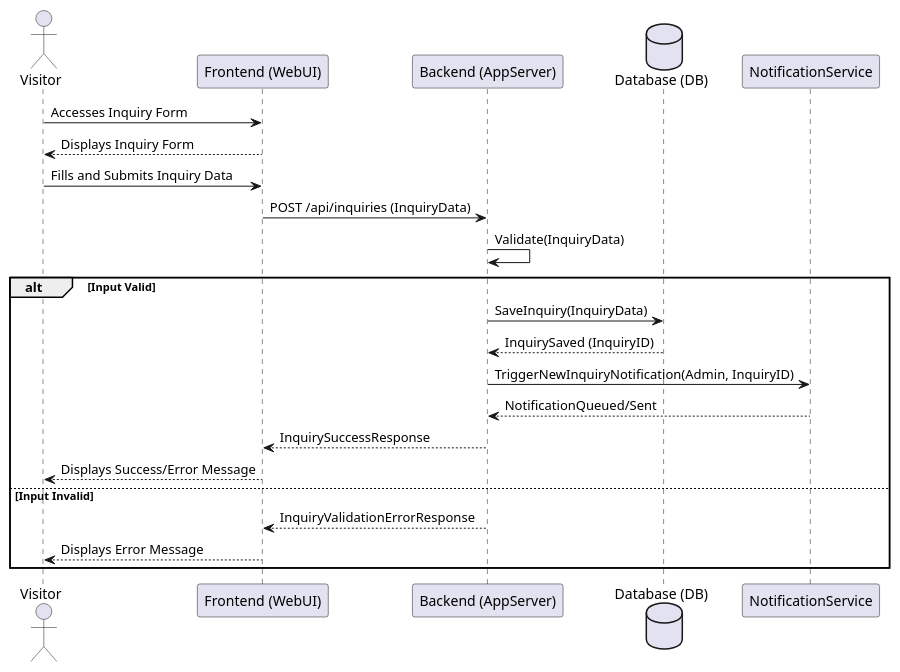
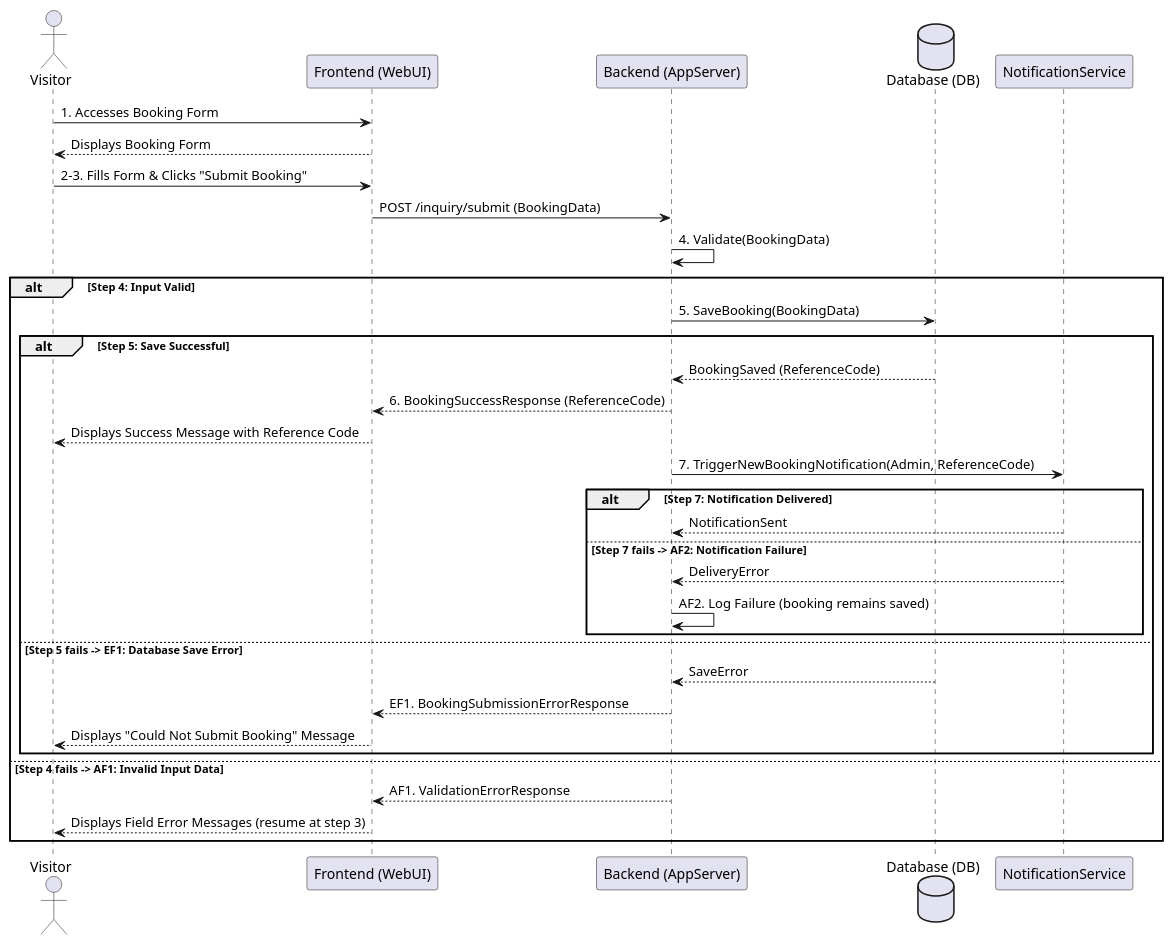
Before and after one commit to 7azmi/Al-Muneer-Portal: the fifth of 8 diagrams in Academic version/main_report.md, drawn with PlantUML. The commit also changed other lines of this file and 10 other files, not shown here.

````diff
--- a/Academic version/main_report.md
+++ b/Academic version/main_report.md
@@ -597,27 +601,38 @@
 ```plantuml
 @startuml
 actor Visitor
 participant "Frontend (WebUI)" as UI
 participant "Backend (AppServer)" as API
 database "Database (DB)" as DB
 participant "NotificationService" as NS
 
-Visitor -> UI: Accesses Inquiry Form
-UI --> Visitor: Displays Inquiry Form
-Visitor -> UI: Fills and Submits Inquiry Data
-UI -> API: POST /api/inquiries (InquiryData)
-API -> API: Validate(InquiryData)
+Visitor -> UI: 1. Accesses Booking Form
+UI --> Visitor: Displays Booking Form
+Visitor -> UI: 2-3. Fills Form & Clicks "Submit Booking"
+UI -> API: POST /inquiry/submit (BookingData)
+API -> API: 4. Validate(BookingData)
 
-alt Input Valid
-    API -> DB: SaveInquiry(InquiryData)
-    DB --> API: InquirySaved (InquiryID)
-    API -> NS: TriggerNewInquiryNotification(Admin, InquiryID)
-    NS --> API: NotificationQueued/Sent
-    API --> UI: InquirySuccessResponse
-    UI --> Visitor: Displays Success/Error Message
-else Input Invalid
-    API --> UI: InquiryValidationErrorResponse
-    UI --> Visitor: Displays Error Message
+alt Step 4: Input Valid
+    API -> DB: 5. SaveBooking(BookingData)
+    alt Step 5: Save Successful
+        DB --> API: BookingSaved (ReferenceCode)
+        API --> UI: 6. BookingSuccessResponse (ReferenceCode)
+        UI --> Visitor: Displays Success Message with Reference Code
+        API -> NS: 7. TriggerNewBookingNotification(Admin, ReferenceCode)
+        alt Step 7: Notification Delivered
+            NS --> API: NotificationSent
+        else Step 7 fails -> AF2: Notification Failure
+            NS --> API: DeliveryError
+            API -> API: AF2. Log Failure (booking remains saved)
+        end
+    else Step 5 fails -> EF1: Database Save Error
+        DB --> API: SaveError
+        API --> UI: EF1. BookingSubmissionErrorResponse
+        UI --> Visitor: Displays "Could Not Submit Booking" Message
+    end
+else Step 4 fails -> AF1: Invalid Input Data
+    API --> UI: AF1. ValidationErrorResponse
+    UI --> Visitor: Displays Field Error Messages (resume at step 3)
 end
 @enduml
 ```
````
